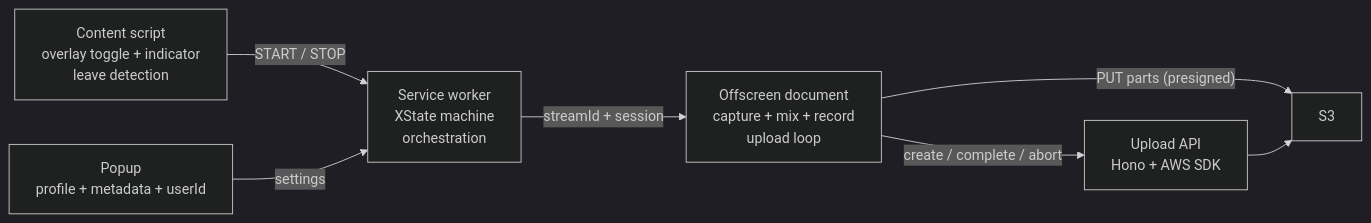
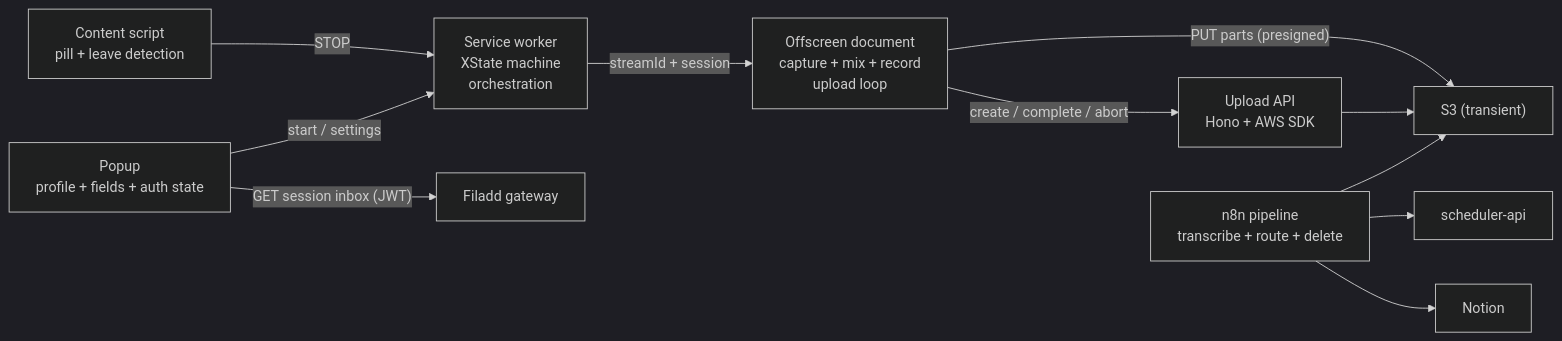
One commit to filadd/chrome-recorder changed the first of 2 diagrams in spec.md. Above: the diagram before and after it, drawn with Mermaid (dark theme). The commit also changed other lines of this file, not shown here.

First line of the commit message:
docs(spec): redefine profiles around the full transcription pipeline

````diff
--- a/spec.md
+++ b/spec.md
@@ -33,9 +42,13 @@
 ```mermaid
 flowchart LR
-    CS["Content script<br/>overlay toggle + indicator<br/>leave detection"] -->|"START / STOP"| SW["Service worker<br/>XState machine<br/>orchestration"]
-    P["Popup<br/>profile + metadata + userId"] -->|"settings"| SW
+    CS["Content script<br/>pill + leave detection"] -->|"STOP"| SW["Service worker<br/>XState machine<br/>orchestration"]
+    P["Popup<br/>profile + fields + auth state"] -->|"start / settings"| SW
+    P -->|"GET session inbox (JWT)"| GW["Filadd gateway"]
     SW -->|"streamId + session"| OFF["Offscreen document<br/>capture + mix + record<br/>upload loop"]
-    OFF -->|"PUT parts (presigned)"| S3["S3"]
+    OFF -->|"PUT parts (presigned)"| S3["S3 (transient)"]
     OFF -->|"create / complete / abort"| API["Upload API<br/>Hono + AWS SDK"]
     API --> S3
+    N8N["n8n pipeline<br/>transcribe + route + delete"] --> S3
+    N8N --> SCHED["scheduler-api"]
+    N8N --> NOTION["Notion"]
 ```
````
